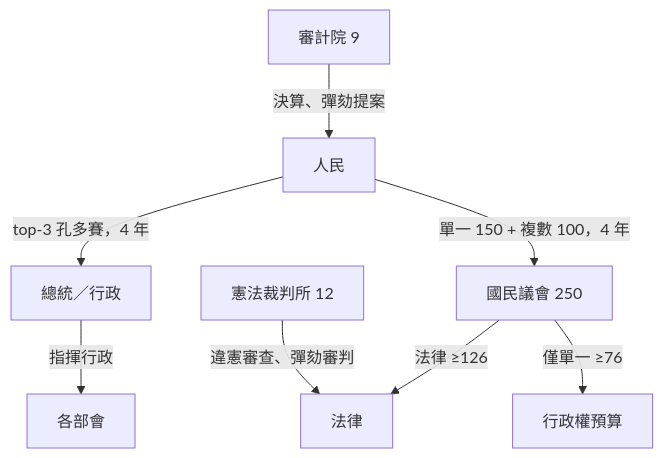
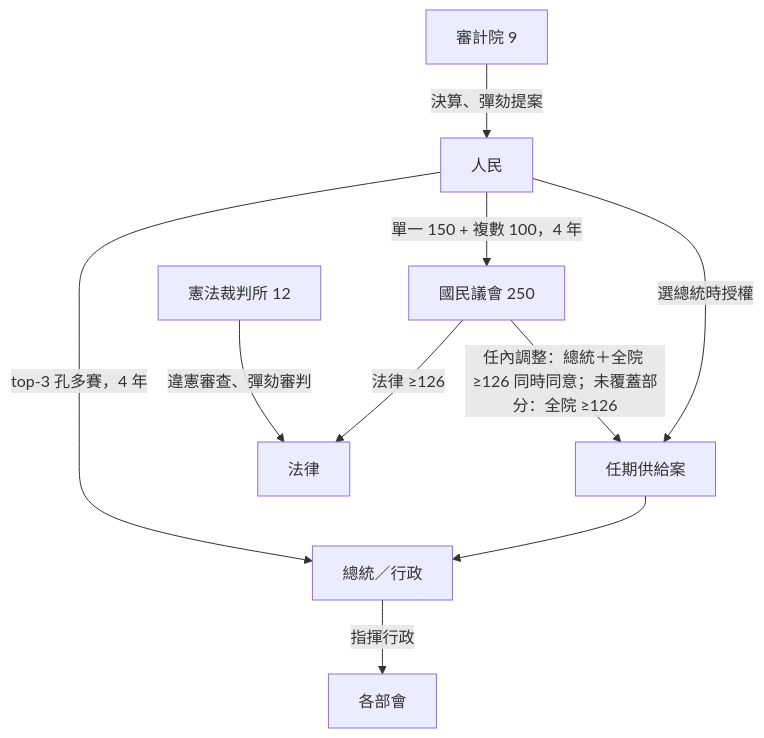
The first of 6 diagrams in topics/regime-designs/designs/南韓/一院總統制/憲政架構圖.md (IRonROOT578/Political-Economy-Research-Public), drawn with Mermaid before and after one commit. The commit also changed other lines of this file and 241 other files, not shown here.

````diff
--- a/topics/regime-designs/designs/南韓/一院總統制/憲政架構圖.md
+++ b/topics/regime-designs/designs/南韓/一院總統制/憲政架構圖.md
@@ -7,13 +7,15 @@
 ```mermaid
 flowchart TD
   People[人民]
   People -->|top-3 孔多賽，4 年| Pres[總統／行政]
   People -->|單一 150 + 複數 100，4 年| NA[國民議會 250]
   Pres -->|指揮行政| Admin[各部會]
   NA -->|法律 ≥126| Law[法律]
-  NA -->|僅單一 ≥76| Bud[行政權預算]
+  People -->|選總統時授權| Pack[任期供給案]
+  Pack --> Pres
+  NA -->|任內調整：總統＋全院 ≥126 同時同意；未覆蓋部分：全院 ≥126| Pack
   Court[憲法裁判所 12]
   Audit[審計院 9]
   Court -->|違憲審查、彈劾審判| Law
   Audit -->|決算、彈劾提案| People
 ```
````
